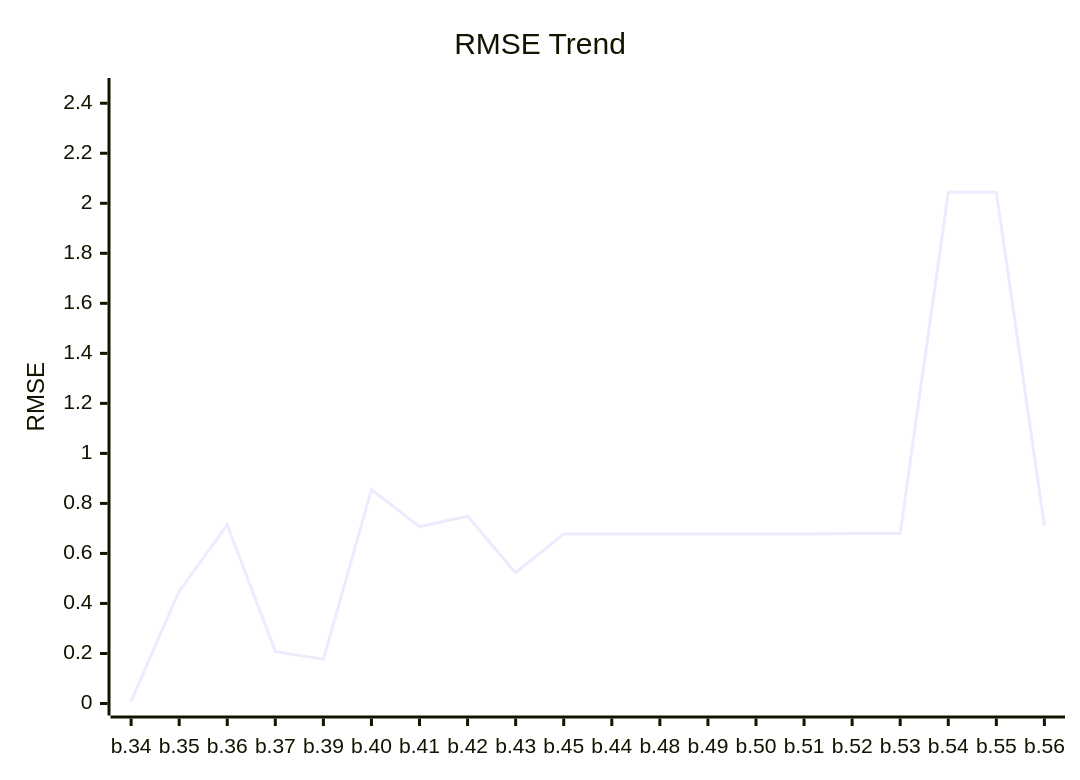
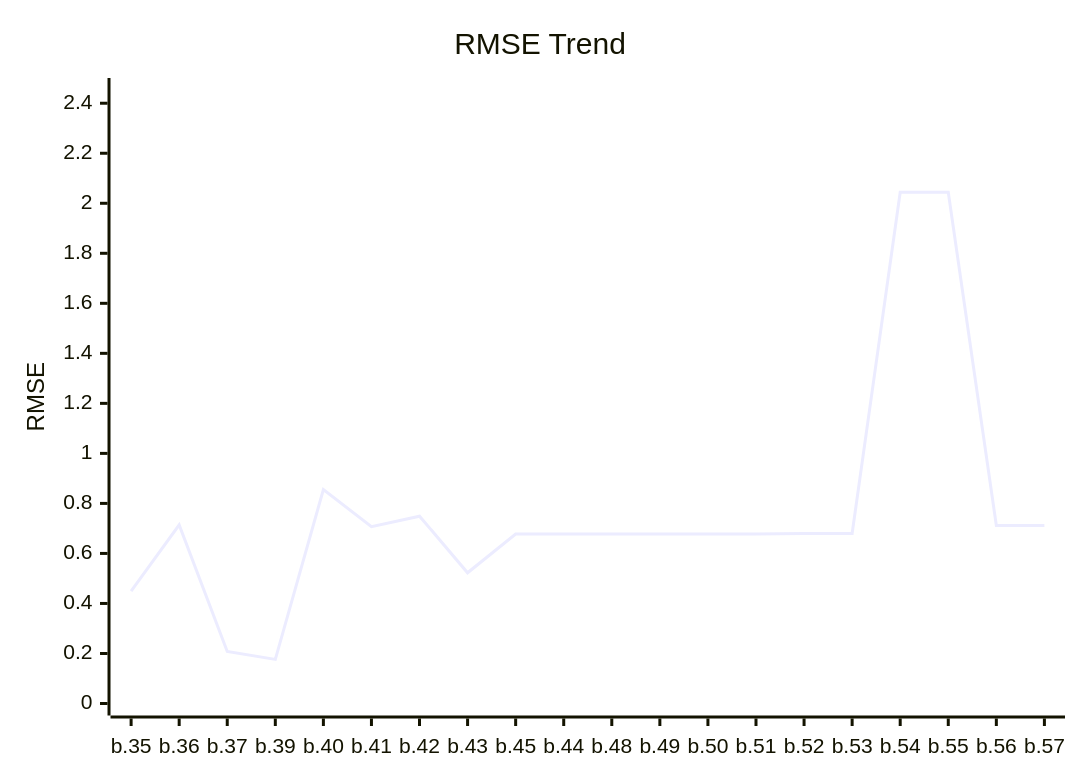
One commit to timo-eberl/tracy changed the first of 2 diagrams in README.md. Above: the diagram before and after it, drawn with Mermaid. The commit also changed other lines of this file and 3 other files, not shown here.

````diff
--- a/README.md
+++ b/README.md
@@ -13,7 +13,7 @@
 ```mermaid
 xychart-beta
     title "RMSE Trend"
-    x-axis ["b.34", "b.35", "b.36", "b.37", "b.39", "b.40", "b.41", "b.42", "b.43", "b.45", "b.44", "b.48", "b.49", "b.50", "b.51", "b.52", "b.53", "b.54", "b.55", "b.56"]
+    x-axis ["b.35", "b.36", "b.37", "b.39", "b.40", "b.41", "b.42", "b.43", "b.45", "b.44", "b.48", "b.49", "b.50", "b.51", "b.52", "b.53", "b.54", "b.55", "b.56", "b.57"]
     y-axis "RMSE" 0 --> 2.4529
-    line [0.0098, 0.4489, 0.7142, 0.2079, 0.1763, 0.8557, 0.7071, 0.749, 0.5226, 0.677836, 0.677984, 0.678, 0.678, 0.678, 0.6778, 0.6796, 0.6796, 2.0441, 2.0441, 0.7121]
+    line [0.4489, 0.7142, 0.2079, 0.1763, 0.8557, 0.7071, 0.749, 0.5226, 0.677836, 0.677984, 0.678, 0.678, 0.678, 0.6778, 0.6796, 0.6796, 2.0441, 2.0441, 0.7121, 0.7121]
 ```
````
